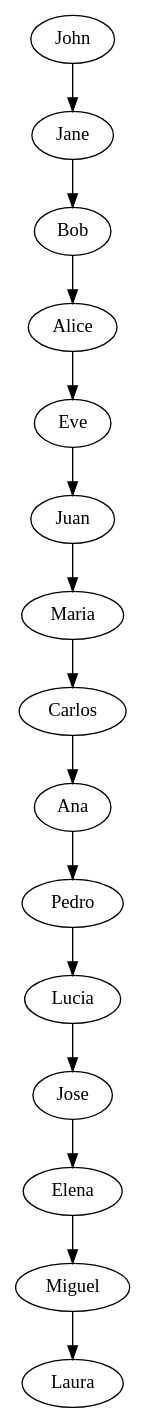
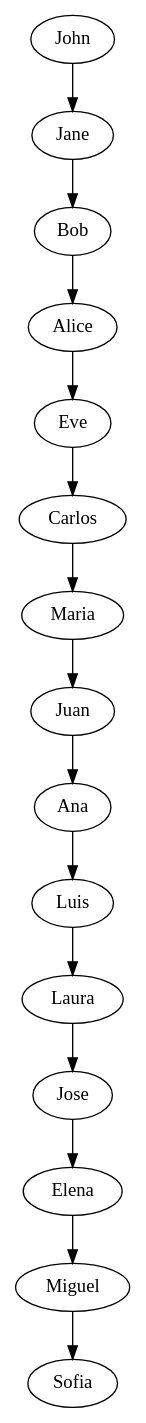
Before and after one commit to AbdielOtzoy/-EDD-Proyecto_202300350: the diagram in fase1/usuarios.dot, drawn with Graphviz. The commit also changed 20 other files, not shown here.

```diff
--- a/fase1/usuarios.dot
+++ b/fase1/usuarios.dot
@@ -1,31 +1,31 @@
 digraph G {
 John [label="John"];
 Jane [label="Jane"];
 Bob [label="Bob"];
 Alice [label="Alice"];
 Eve [label="Eve"];
+Carlos [label="Carlos"];
+Maria [label="Maria"];
 Juan [label="Juan"];
-Maria [label="Maria"];
-Carlos [label="Carlos"];
 Ana [label="Ana"];
-Pedro [label="Pedro"];
-Lucia [label="Lucia"];
+Luis [label="Luis"];
+Laura [label="Laura"];
 Jose [label="Jose"];
 Elena [label="Elena"];
 Miguel [label="Miguel"];
-Laura [label="Laura"];
+Sofia [label="Sofia"];
 John -> Jane;
 Jane -> Bob;
 Bob -> Alice;
 Alice -> Eve;
-Eve -> Juan;
-Juan -> Maria;
-Maria -> Carlos;
-Carlos -> Ana;
-Ana -> Pedro;
-Pedro -> Lucia;
-Lucia -> Jose;
+Eve -> Carlos;
+Carlos -> Maria;
+Maria -> Juan;
+Juan -> Ana;
+Ana -> Luis;
+Luis -> Laura;
+Laura -> Jose;
 Jose -> Elena;
 Elena -> Miguel;
-Miguel -> Laura;
+Miguel -> Sofia;
 }
```
